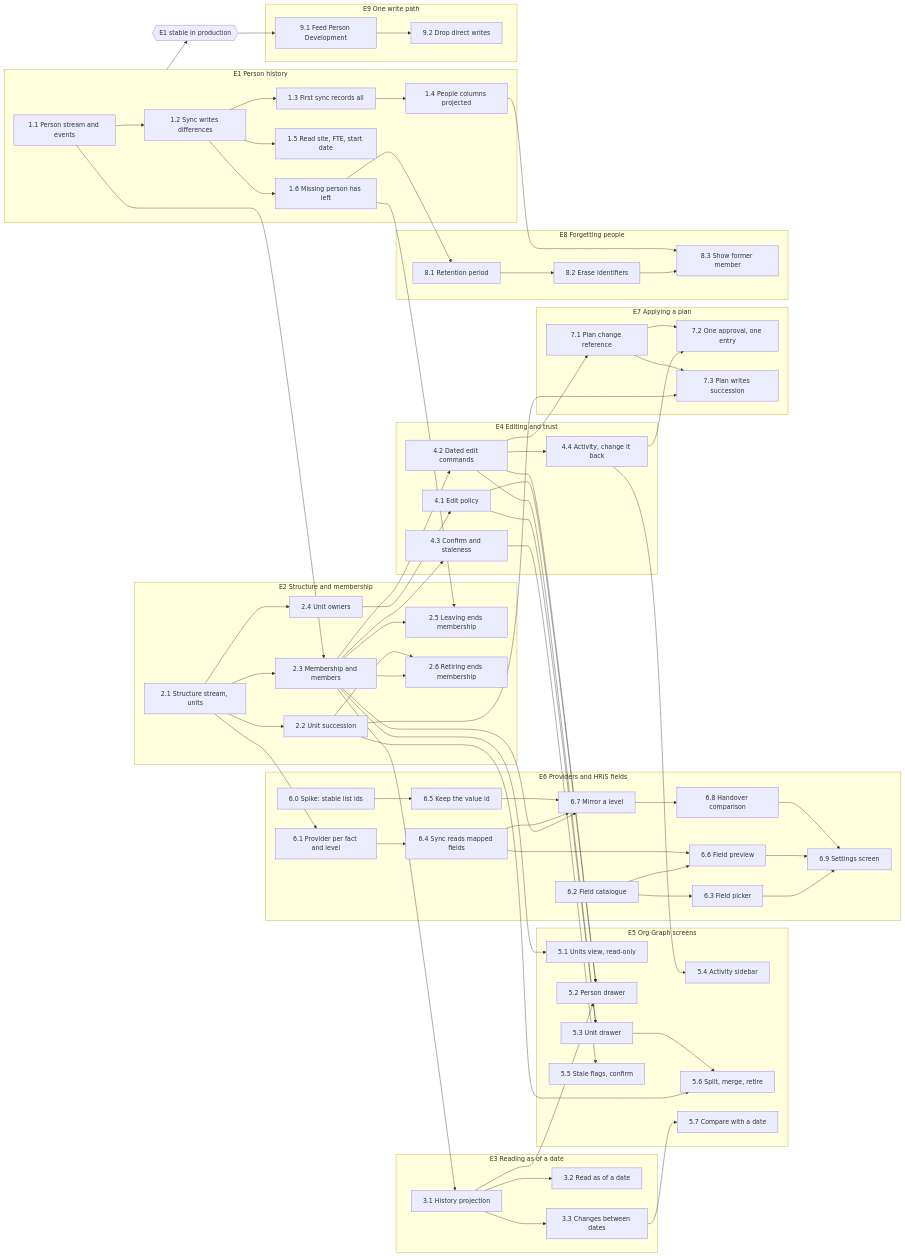
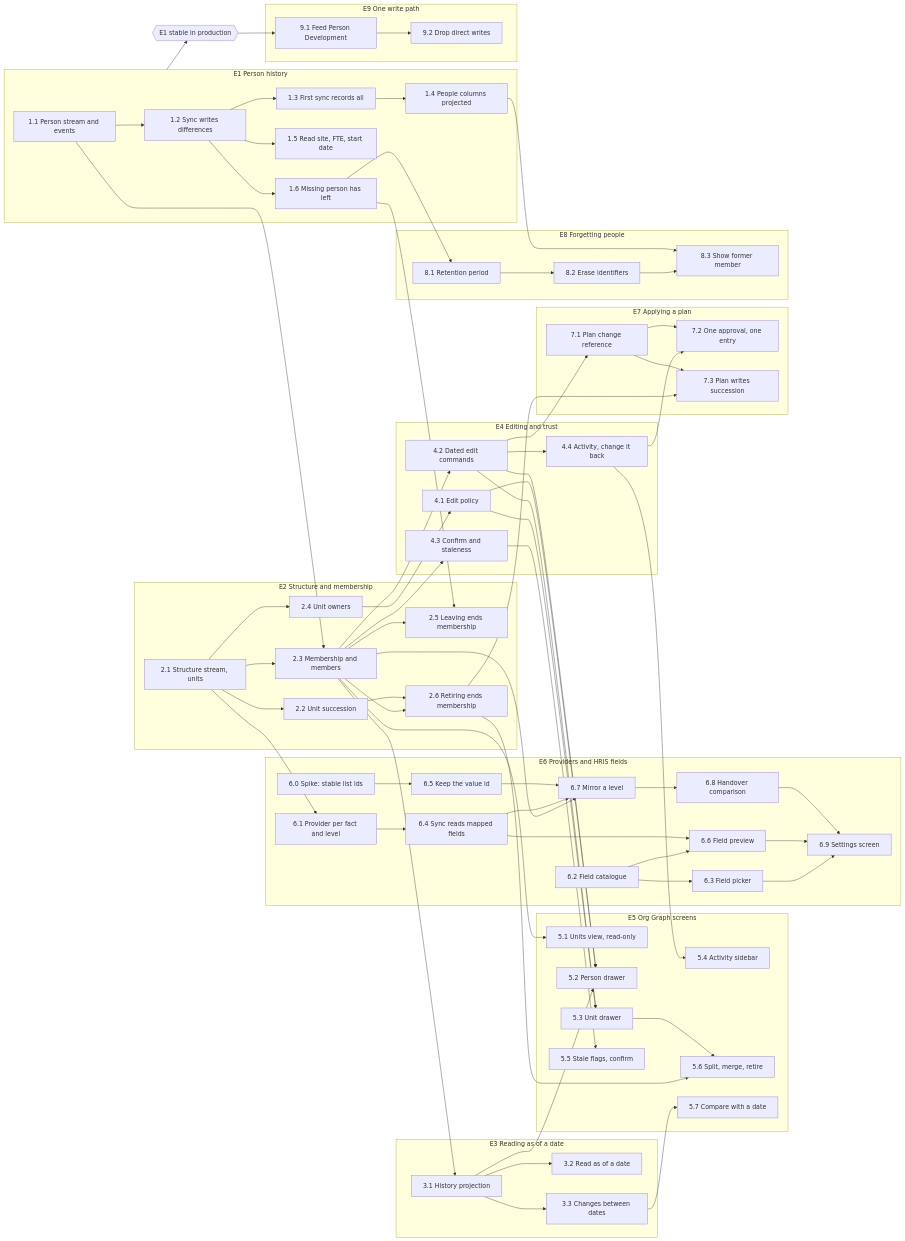
Before and after one commit to espaliahq/espalia: the diagram in docs/team-planning/org-graph-plan.md, drawn with Mermaid. The commit also changed other lines of this file, not shown here.

First line of the commit message:
docs(org-graph): retiring and succession screens wait for 2.6

```diff
--- a/docs/team-planning/org-graph-plan.md
+++ b/docs/team-planning/org-graph-plan.md
@@ -113,7 +113,8 @@
   s42 --> s44 & s52 & s53 & s71
   s43 --> s55
   s44 --> s54 & s72
-  s22 --> s26 & s56 & s73
+  s22 --> s26
+  s26 --> s56 & s73
   s53 --> s56
   s33 --> s57
   s60 --> s65
```
